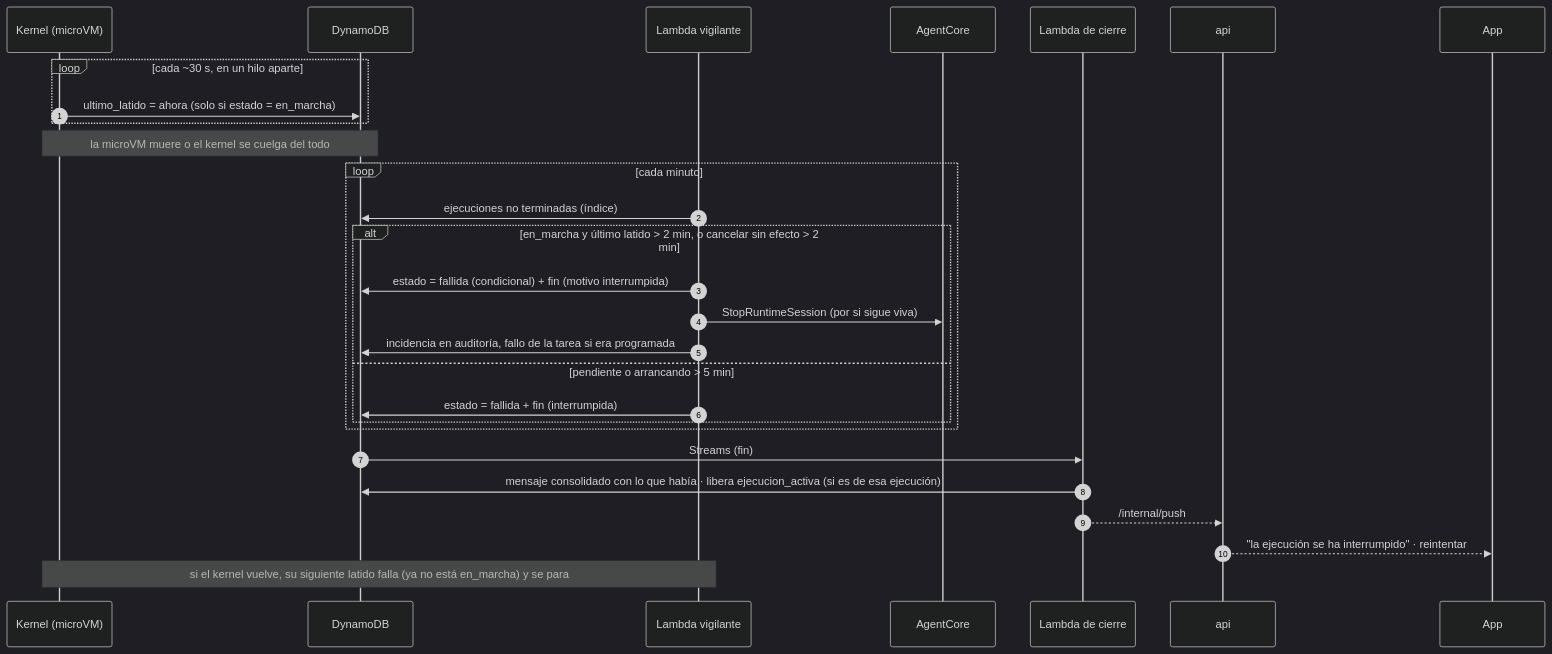
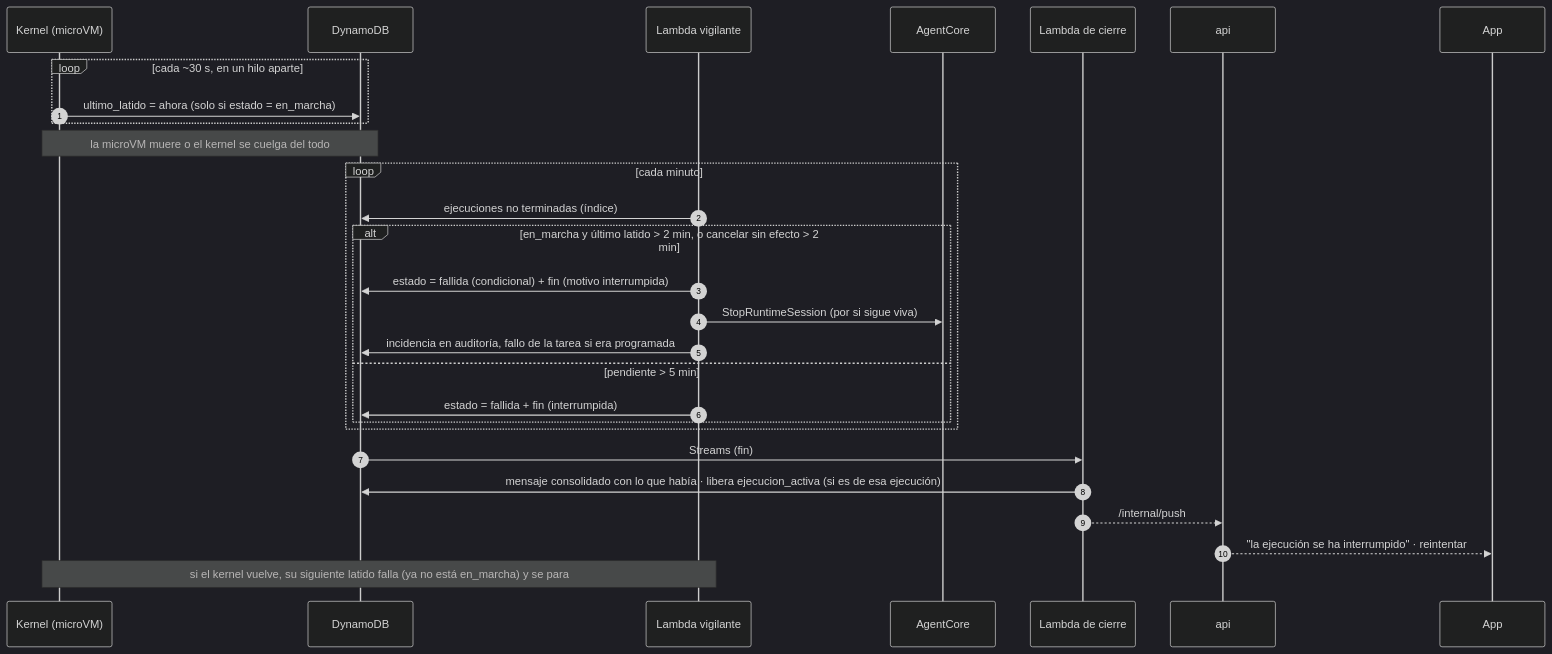
The fourth of 7 diagrams in docs/arquitectura-agentes.md (ikermendi/sample-agent-platform-with-agentcore), drawn with Mermaid (dark theme) before and after one commit. The commit also changed other lines of this file, not shown here.

First line of the commit message:
docs: simplificaciones de eficiencia (run_id como idempotencia, sin estado arrancando, allow en el token, catálogo como código, borrado por la vigilante, Limits por subagente, aprobaciones sin hash)

````diff
--- a/docs/arquitectura-agentes.md
+++ b/docs/arquitectura-agentes.md
@@ -584,31 +581,31 @@
 ```mermaid
 sequenceDiagram
   autonumber
   participant K as Kernel (microVM)
   participant D as DynamoDB
   participant V as Lambda vigilante
   participant AC as AgentCore
   participant C as Lambda de cierre
   participant API as api
   participant App as App
 
   loop cada ~30 s, en un hilo aparte
     K->>D: ultimo_latido = ahora (solo si estado = en_marcha)
   end
   Note over K,D: la microVM muere o el kernel se cuelga del todo
   loop cada minuto
     V->>D: ejecuciones no terminadas (índice)
     alt en_marcha y último latido > 2 min, o cancelar sin efecto > 2 min
       V->>D: estado = fallida (condicional) + fin (motivo interrumpida)
       V->>AC: StopRuntimeSession (por si sigue viva)
       V->>D: incidencia en auditoría, fallo de la tarea si era programada
-    else pendiente o arrancando > 5 min
+    else pendiente > 5 min
       V->>D: estado = fallida + fin (interrumpida)
     end
   end
   D->>C: Streams (fin)
   C->>D: mensaje consolidado con lo que había · libera ejecucion_activa (si es de esa ejecución)
   C-->>API: /internal/push
   API-->>App: "la ejecución se ha interrumpido" · reintentar
   Note over K,V: si el kernel vuelve, su siguiente latido falla (ya no está en_marcha) y se para
 ```
````
